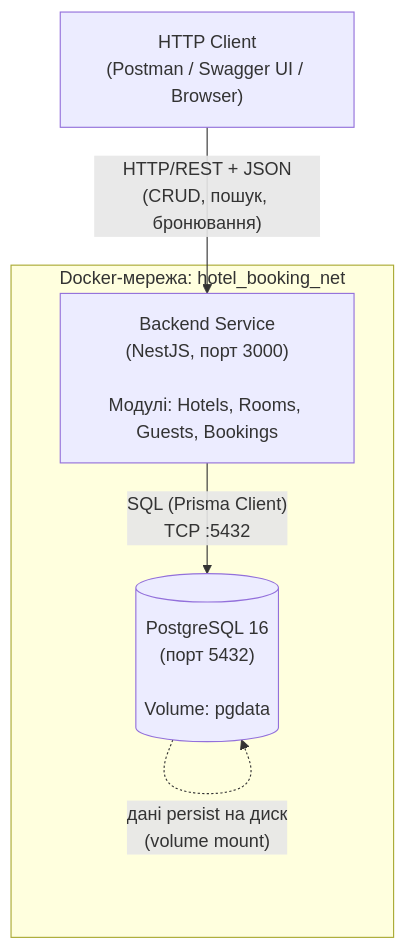
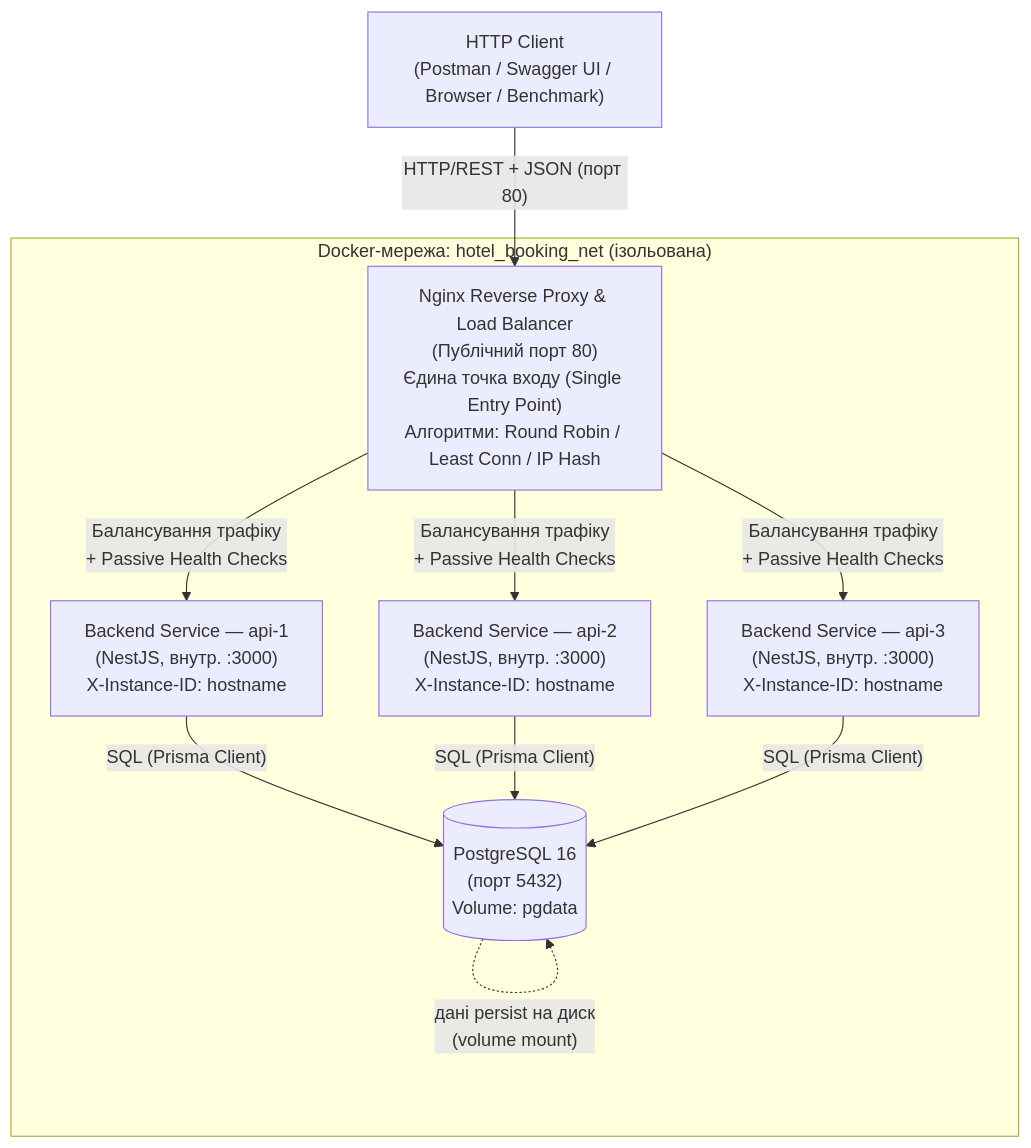
The first of 2 diagrams in README.md (zhurykmaks11/Booking_hotel), drawn with Mermaid before and after one commit. The commit also changed other lines of this file and 15 other files, not shown here.

````diff
--- a/README.md
+++ b/README.md
@@ -36,13 +49,25 @@
 ```mermaid
 flowchart TB
-    Client["HTTP Client<br/>(Postman / Swagger UI / Browser)"]
+    Client["HTTP Client<br/>(Postman / Swagger UI / Browser / Benchmark)"]
 
-    subgraph Docker["Docker-мережа: hotel_booking_net"]
-        API["Backend Service<br/>(NestJS, порт 3000)<br/><br/>Модулі: Hotels, Rooms, Guests, Bookings"]
-        DB[("PostgreSQL 16<br/>(порт 5432)<br/><br/>Volume: pgdata")]
+    subgraph Docker["Docker-мережа: hotel_booking_net (ізольована)"]
+        Nginx["Nginx Reverse Proxy & Load Balancer<br/>(Публічний порт 80)<br/>Єдина точка входу (Single Entry Point)<br/>Алгоритми: Round Robin / Least Conn / IP Hash"]
+        
+        API1["Backend Service — api-1<br/>(NestJS, внутр. :3000)<br/>X-Instance-ID: hostname"]
+        API2["Backend Service — api-2<br/>(NestJS, внутр. :3000)<br/>X-Instance-ID: hostname"]
+        API3["Backend Service — api-3<br/>(NestJS, внутр. :3000)<br/>X-Instance-ID: hostname"]
+        
+        DB[("PostgreSQL 16<br/>(порт 5432)<br/>Volume: pgdata")]
     end
 
-    Client -- "HTTP/REST + JSON<br/>(CRUD, пошук, бронювання)" --> API
-    API -- "SQL (Prisma Client)<br/>TCP :5432" --> DB
+    Client -- "HTTP/REST + JSON (порт 80)" --> Nginx
+    Nginx -- "Балансування трафіку<br/>+ Passive Health Checks" --> API1
+    Nginx -- "Балансування трафіку<br/>+ Passive Health Checks" --> API2
+    Nginx -- "Балансування трафіку<br/>+ Passive Health Checks" --> API3
+    
+    API1 -- "SQL (Prisma Client)" --> DB
+    API2 -- "SQL (Prisma Client)" --> DB
+    API3 -- "SQL (Prisma Client)" --> DB
+    
     DB -. "дані persist на диск<br/>(volume mount)" .-> DB
 ```
````
